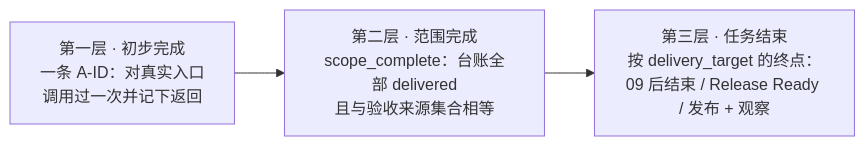
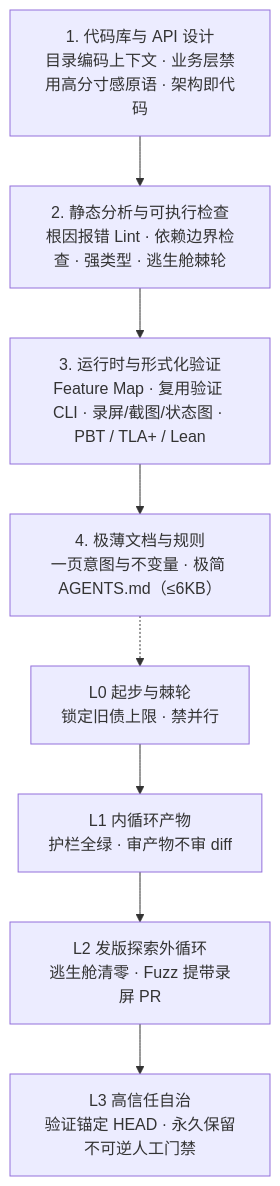
One commit to Brianky111/general-workflow changed the diagram in README.md. Above: the diagram before and after it, drawn with Mermaid. The commit also changed other lines of this file and 148 other files, not shown here.

````diff
--- a/README.md
+++ b/README.md
@@ -307,7 +19,15 @@
 ```mermaid
-flowchart LR
-    L1["第一层 · 初步完成<br/>一条 A-ID：对真实入口<br/>调用过一次并记下返回"]
-    L2["第二层 · 范围完成<br/>scope_complete：台账全部 delivered<br/>且与验收来源集合相等"]
-    L3["第三层 · 任务结束<br/>按 delivery_target 的终点：<br/>09 后结束 / Release Ready / 发布 + 观察"]
-    L1 --> L2 --> L3
+flowchart TD
+    T1["1. 代码库与 API 设计<br/>目录编码上下文 · 业务层禁用高分寸感原语 · 架构即代码"]
+    T2["2. 静态分析与可执行检查<br/>根因报错 Lint · 依赖边界检查 · 强类型 · 逃生舱棘轮"]
+    T3["3. 运行时与形式化验证<br/>Feature Map · 复用验证 CLI · 录屏/截图/状态图 · PBT / TLA+ / Lean"]
+    T4["4. 极薄文档与规则<br/>一页意图与不变量 · 极简 AGENTS.md（≤6KB）"]
+
+    L0["L0 起步与棘轮<br/>锁定旧债上限 · 禁并行"]
+    L1["L1 内循环产物<br/>护栏全绿 · 审产物不审 diff"]
+    L2["L2 发版探索外循环<br/>逃生舱清零 · Fuzz 提带录屏 PR"]
+    L3["L3 高信任自治<br/>验证锚定 HEAD · 永久保留不可逆人工门禁"]
+
+    T1 --> T2 --> T3 --> T4
+    T4 -.-> L0 --> L1 --> L2 --> L3
 ```
````
